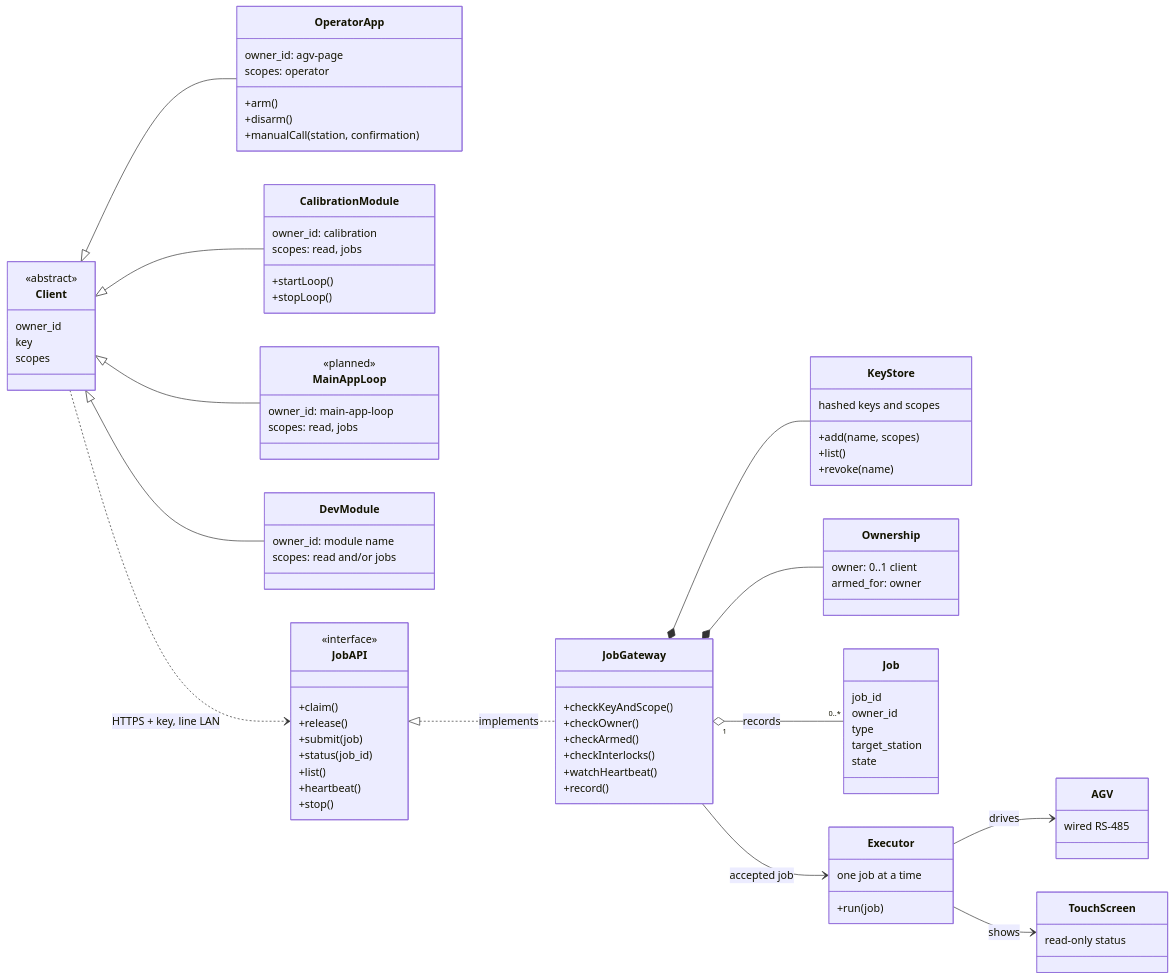
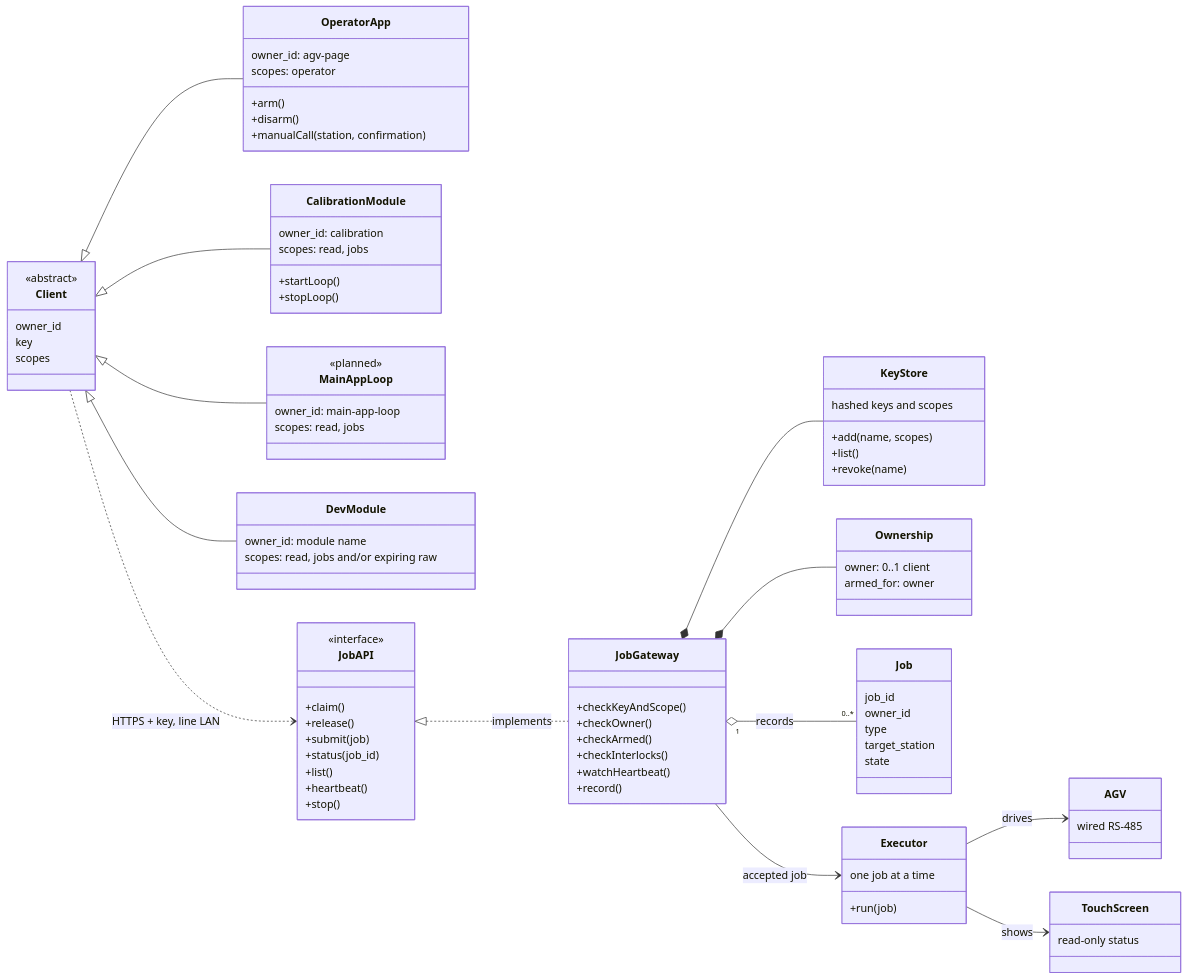
The diagram in docs/MANUAL.md (takiihor/ur10e-vision-calibration-full), drawn with Mermaid before and after one commit. The commit also changed other lines of this file and 130 other files, not shown here.

```diff
--- a/docs/MANUAL.md
+++ b/docs/MANUAL.md
@@ -54,7 +54,7 @@
   }
   class DevModule {
     owner_id: module name
-    scopes: read and/or jobs
+    scopes: read, jobs and/or expiring raw
   }
   class JobAPI {
     <<interface>>
```
